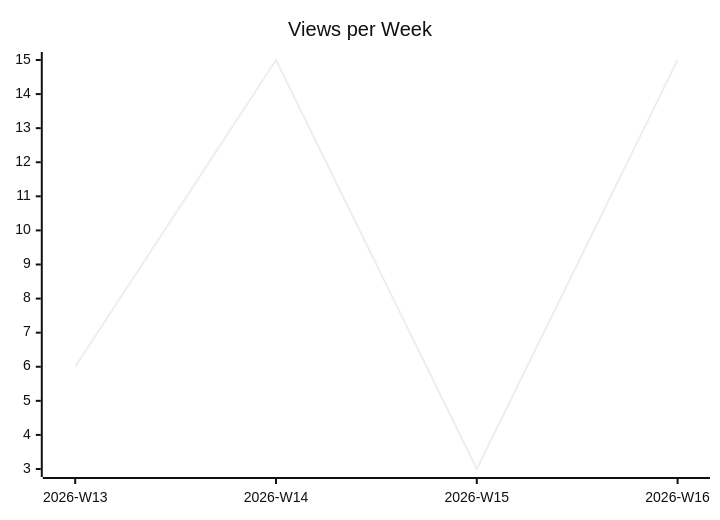
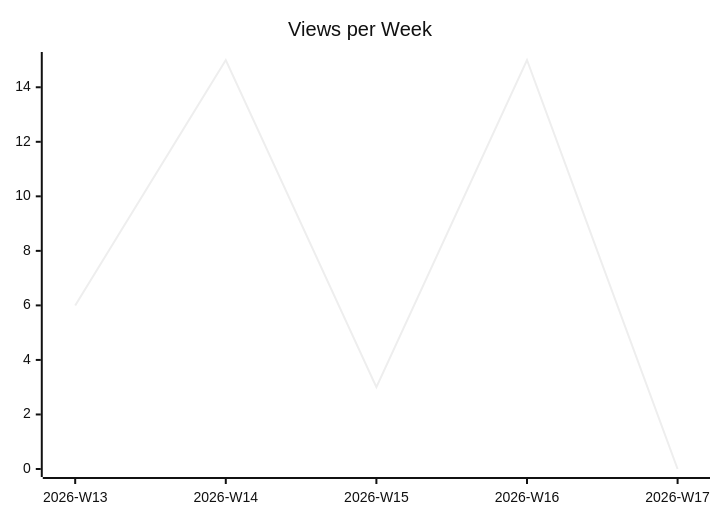
The second of 3 diagrams in karlmdavis/ksoap2-android/README.md (justdavis-family/github-analytics-data), drawn with Mermaid (neutral theme) before and after one commit. The commit also changed other lines of this file and 192 other files, not shown here.

````diff
--- a/karlmdavis/ksoap2-android/README.md
+++ b/karlmdavis/ksoap2-android/README.md
@@ -12,6 +12,6 @@
 ```mermaid
 xychart-beta
   title "Views per Week"
-  x-axis ["2026-W13", "2026-W14", "2026-W15", "2026-W16"]
-  line [6, 15, 3, 15]
+  x-axis ["2026-W13", "2026-W14", "2026-W15", "2026-W16", "2026-W17"]
+  line [6, 15, 3, 15, 0]
 ```
````
